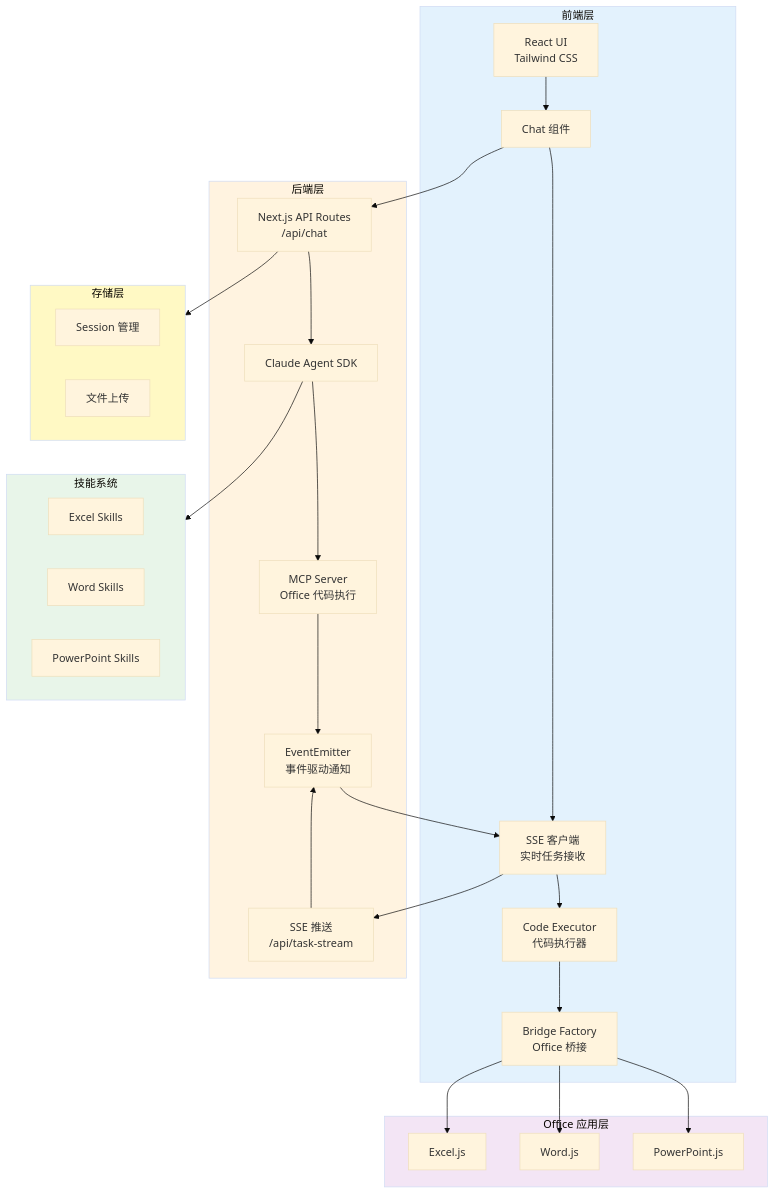
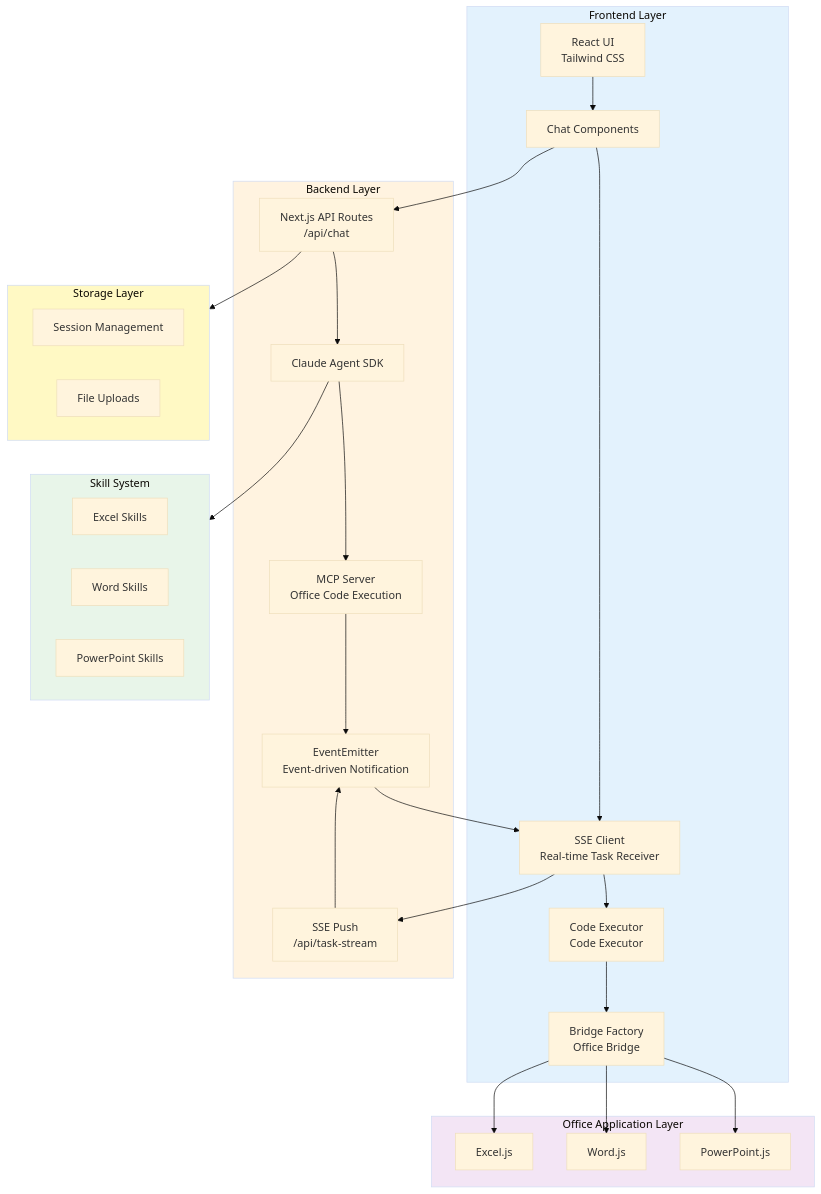
The diagram in README.md (DocuPilotAI/DocuPilot), drawn with Mermaid (base theme) before and after one commit. The commit also changed other lines of this file and 1 other file, not shown here.

````diff
--- a/README.md
+++ b/README.md
@@ -504,58 +501,58 @@
 ```mermaid
 graph TB
-    subgraph frontend [前端层]
+    subgraph frontend [Frontend Layer]
         UI[React UI<br/>Tailwind CSS]
-        Chat[Chat 组件]
-        SSE[SSE 客户端<br/>实时任务接收]
-        Executor[Code Executor<br/>代码执行器]
-        Bridge[Bridge Factory<br/>Office 桥接]
+        Chat[Chat Components]
+        SSE[SSE Client<br/>Real-time Task Receiver]
+        Executor[Code Executor<br/>Code Executor]
+        Bridge[Bridge Factory<br/>Office Bridge]
     end
     
-    subgraph backend [后端层]
+    subgraph backend [Backend Layer]
         API[Next.js API Routes<br/>/api/chat]
         SDK[Claude Agent SDK]
-        MCPServer[MCP Server<br/>Office 代码执行]
-        EventEmitter[EventEmitter<br/>事件驱动通知]
-        TaskStream[SSE 推送<br/>/api/task-stream]
+        MCPServer[MCP Server<br/>Office Code Execution]
+        EventEmitter[EventEmitter<br/>Event-driven Notification]
+        TaskStream[SSE Push<br/>/api/task-stream]
     end
     
-    subgraph office [Office 应用层]
+    subgraph office [Office Application Layer]
         Excel[Excel.js]
         Word[Word.js]
         PPT[PowerPoint.js]
     end
     
-    subgraph skills [技能系统]
+    subgraph skills [Skill System]
         ExcelSkill[Excel Skills]
         WordSkill[Word Skills]
         PPTSkill[PowerPoint Skills]
     end
     
-    subgraph storage [存储层]
-        Sessions[Session 管理]
-        Files[文件上传]
+    subgraph storage [Storage Layer]
+        Sessions[Session Management]
+        Files[File Uploads]
     end
     
     UI --> Chat
     Chat --> API
     Chat --> SSE
     SSE --> TaskStream
     TaskStream --> EventEmitter
     API --> SDK
     SDK --> MCPServer
     MCPServer --> EventEmitter
     EventEmitter --> SSE
     SSE --> Executor
     Executor --> Bridge
     Bridge --> Excel
     Bridge --> Word
     Bridge --> PPT
     SDK --> skills
     API --> storage
     
     style frontend fill:#e3f2fd
     style backend fill:#fff3e0
     style office fill:#f3e5f5
     style skills fill:#e8f5e9
     style storage fill:#fff9c4
 ```
````
